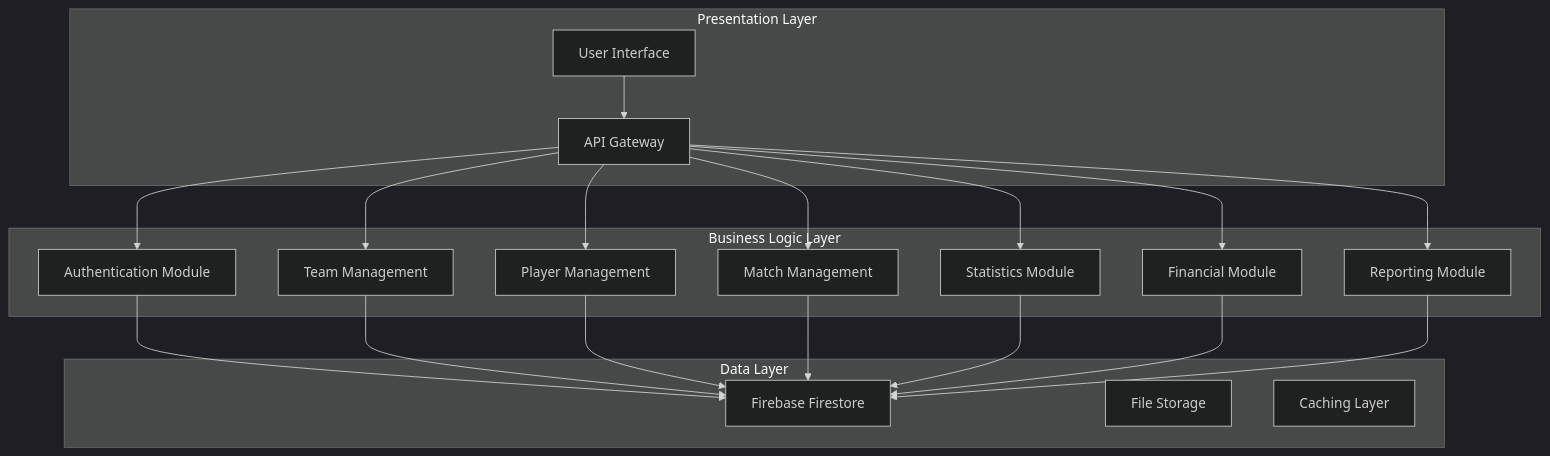
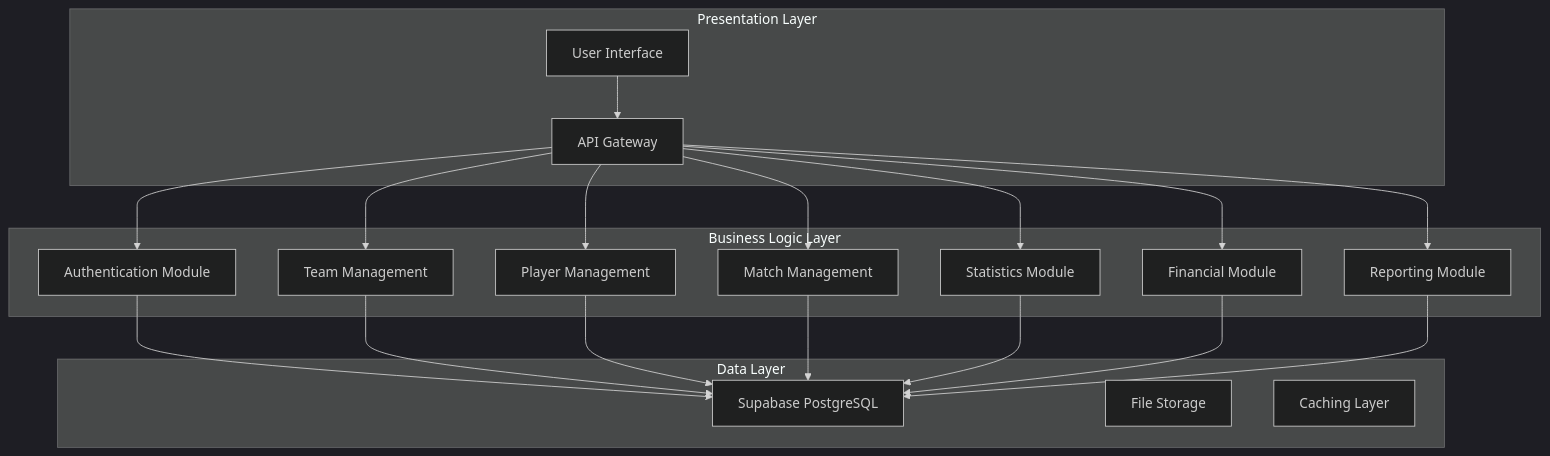
The first of 2 diagrams in docs/phase1/04-Functional-Decomposition.md (Mityatc/playpot), drawn with Mermaid (dark theme) before and after one commit. The commit also changed other lines of this file and 20 other files, not shown here.

````diff
--- a/docs/phase1/04-Functional-Decomposition.md
+++ b/docs/phase1/04-Functional-Decomposition.md
@@ -20,40 +20,40 @@
 ```mermaid
 graph TB
     subgraph "Presentation Layer"
         UI[User Interface]
         API[API Gateway]
     end
     
     subgraph "Business Logic Layer"
         AUTH[Authentication Module]
         TEAM[Team Management]
         PLAYER[Player Management]
         MATCH[Match Management]
         STATS[Statistics Module]
         FINANCE[Financial Module]
         REPORT[Reporting Module]
     end
     
     subgraph "Data Layer"
-        DB[Firebase Firestore]
+        DB[Supabase PostgreSQL]
         STORAGE[File Storage]
         CACHE[Caching Layer]
     end
     
     UI --> API
     API --> AUTH
     API --> TEAM
     API --> PLAYER
     API --> MATCH
     API --> STATS
     API --> FINANCE
     API --> REPORT
     
     AUTH --> DB
     TEAM --> DB
     PLAYER --> DB
     MATCH --> DB
     STATS --> DB
     FINANCE --> DB
     REPORT --> DB
 ```
````
